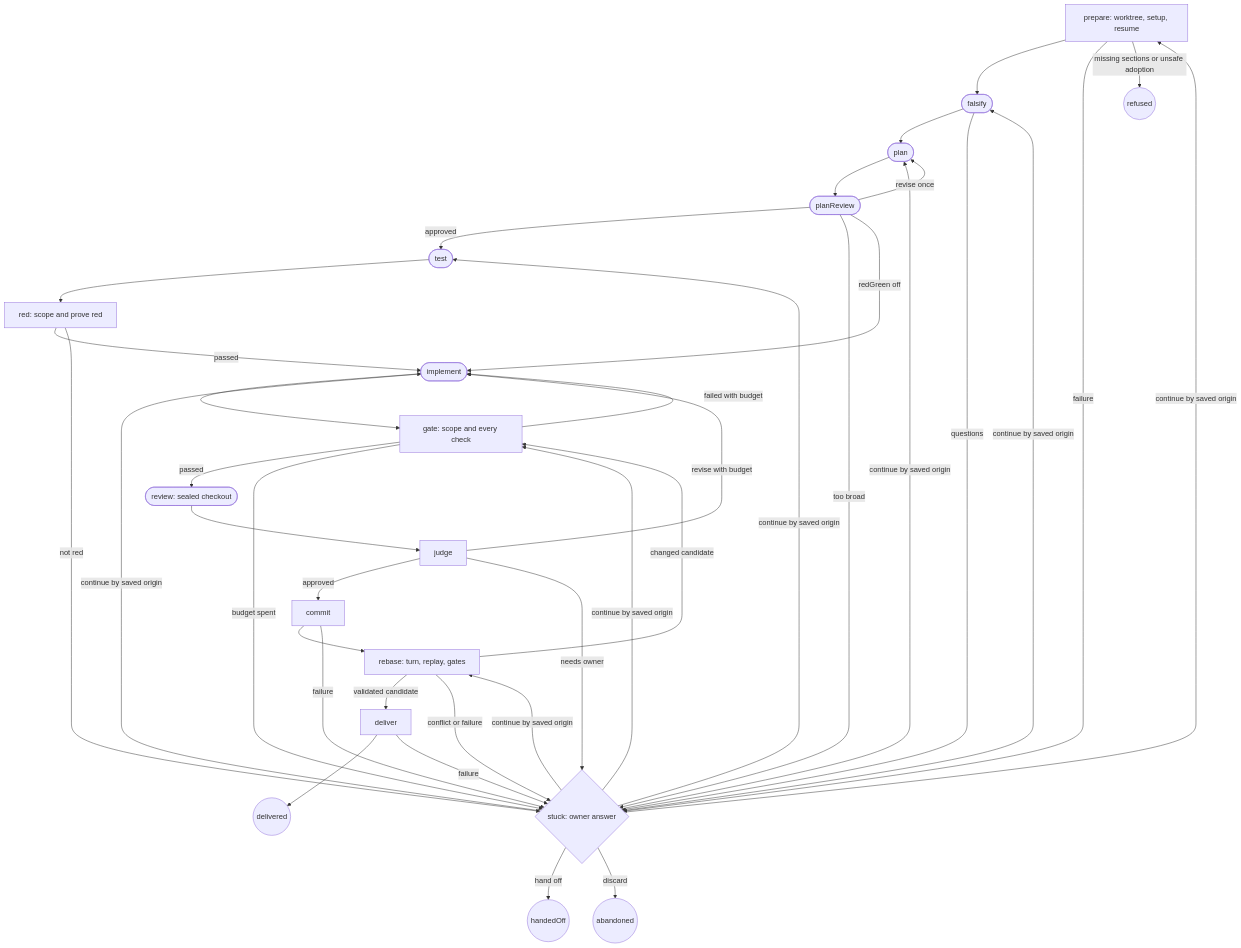
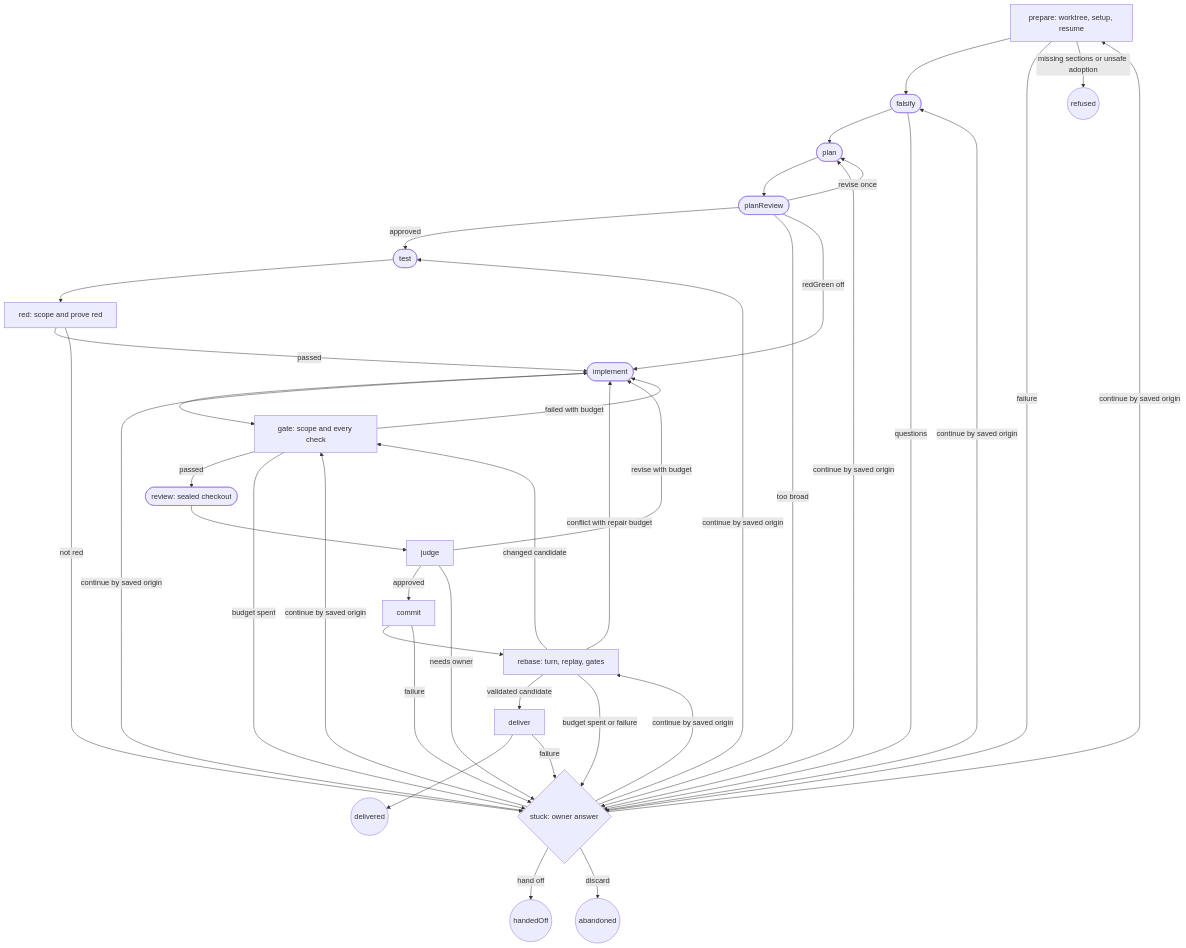
One commit to dna113p/machine-shop changed the diagram in docs/workflows/ticket-task.md. Above: the diagram before and after it, drawn with Mermaid. The commit also changed other lines of this file and 2 other files, not shown here.

````diff
--- a/docs/workflows/ticket-task.md
+++ b/docs/workflows/ticket-task.md
@@ -65,28 +65,29 @@
 ```mermaid
 flowchart TD
   prepare["prepare: worktree, setup, resume"] --> falsify([falsify])
   prepare -->|failure| stuck{"stuck: owner answer"}
   prepare -->|missing sections or unsafe adoption| refused((refused))
   falsify --> plan([plan]) --> planReview([planReview])
   falsify -->|questions| stuck
   planReview -->|approved| test([test]) --> red["red: scope and prove red"]
   planReview -->|revise once| plan
   planReview -->|too broad| stuck
   planReview -->|redGreen off| implement([implement])
   red -->|passed| implement --> gate["gate: scope and every check"]
   red -->|not red| stuck
   gate -->|passed| review(["review: sealed checkout"]) --> judge[judge]
   gate -->|failed with budget| implement
   gate -->|budget spent| stuck
   judge -->|approved| commit[commit] --> rebase["rebase: turn, replay, gates"]
   judge -->|revise with budget| implement
   judge -->|needs owner| stuck
   rebase -->|validated candidate| deliver[deliver] --> delivered((delivered))
   rebase -->|changed candidate| gate
-  rebase -->|conflict or failure| stuck
+  rebase -->|conflict with repair budget| implement
+  rebase -->|budget spent or failure| stuck
   commit -->|failure| stuck
   deliver -->|failure| stuck
   stuck -->|continue by saved origin| prepare & falsify & plan & test & implement & gate & rebase
   stuck -->|hand off| handedOff((handedOff))
   stuck -->|discard| abandoned((abandoned))
 ```
````
